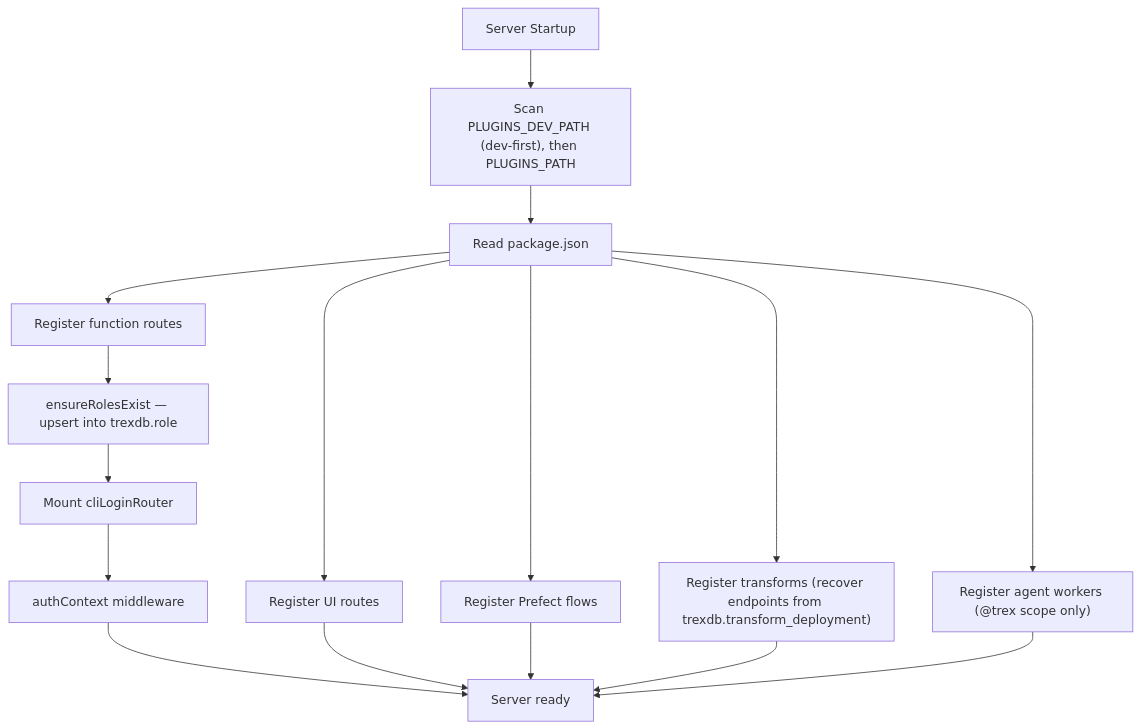
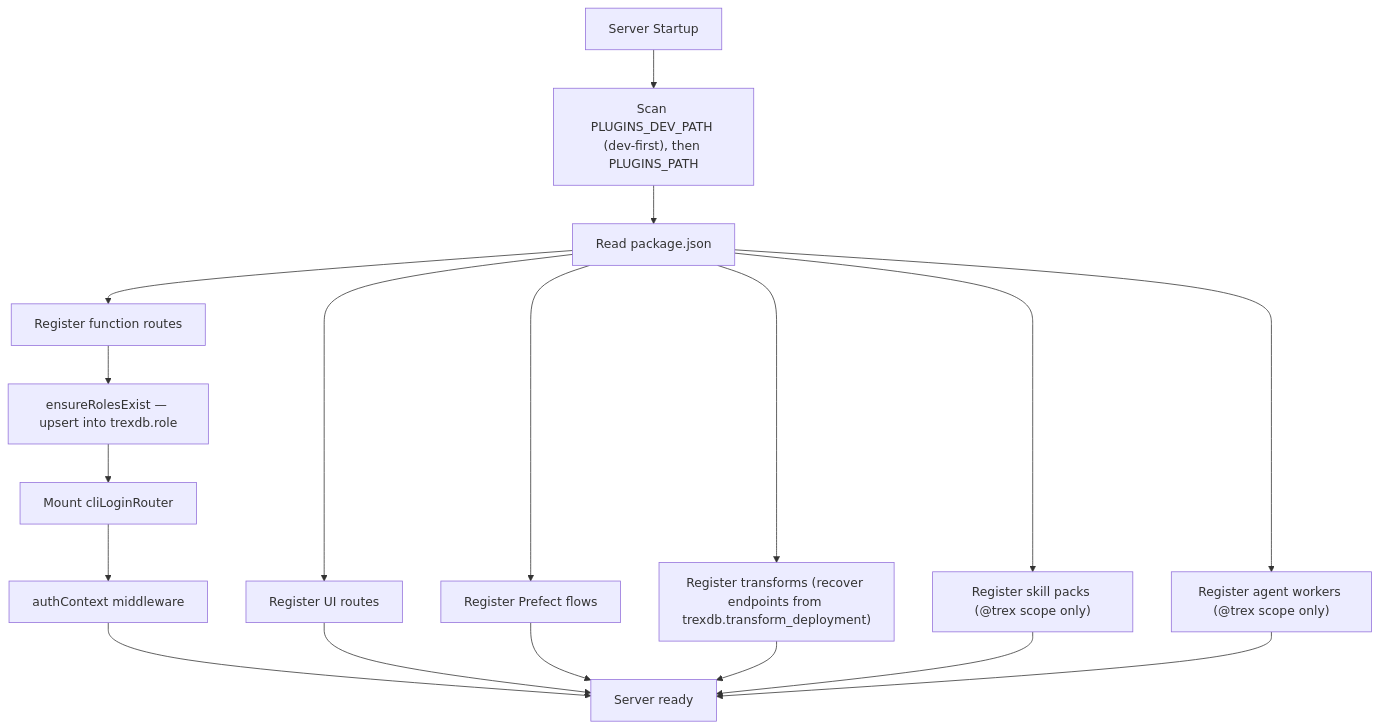
Before and after one commit to OHDSI/trex: the diagram in plugins/docs/docs/plugins/overview.md, drawn with Mermaid. The commit also changed other lines of this file and 3 other files, not shown here.

````diff
--- a/plugins/docs/docs/plugins/overview.md
+++ b/plugins/docs/docs/plugins/overview.md
@@ -24,18 +25,20 @@
 ```mermaid
 flowchart TD
     Startup["Server Startup"] --> Scan["Scan PLUGINS_DEV_PATH (dev-first), then PLUGINS_PATH"]
     Scan --> ReadPkg["Read package.json"]
     ReadPkg --> RegFn["Register function routes"]
     ReadPkg --> RegUI["Register UI routes"]
     ReadPkg --> RegFlow["Register Prefect flows"]
     ReadPkg --> RegTx["Register transforms (recover endpoints from trexdb.transform_deployment)"]
+    ReadPkg --> RegSkills["Register skill packs (@trex scope only)"]
     ReadPkg --> RegAgent["Register agent workers (@trex scope only)"]
     RegFn --> EnsureRoles["ensureRolesExist — upsert into trexdb.role"]
     EnsureRoles --> CliLogin["Mount cliLoginRouter"]
     CliLogin --> AuthCtx["authContext middleware"]
     AuthCtx --> Ready["Server ready"]
     RegUI --> Ready
     RegFlow --> Ready
     RegTx --> Ready
+    RegSkills --> Ready
     RegAgent --> Ready
 ```
````
